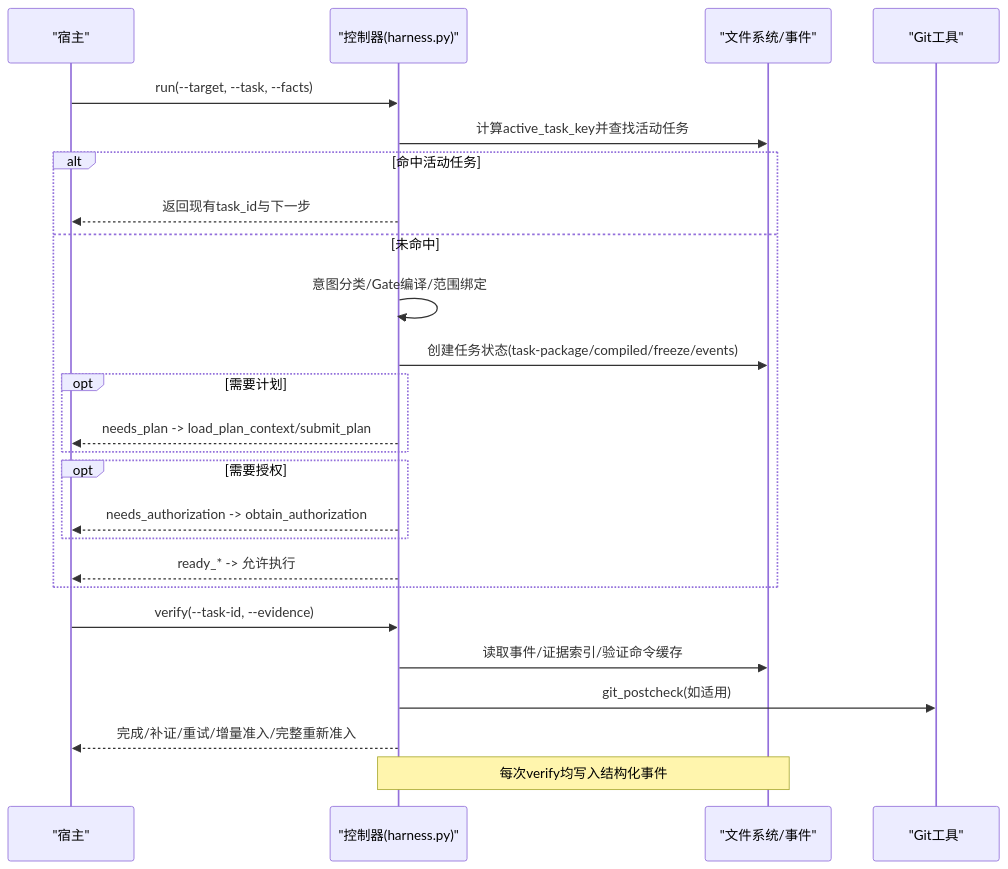
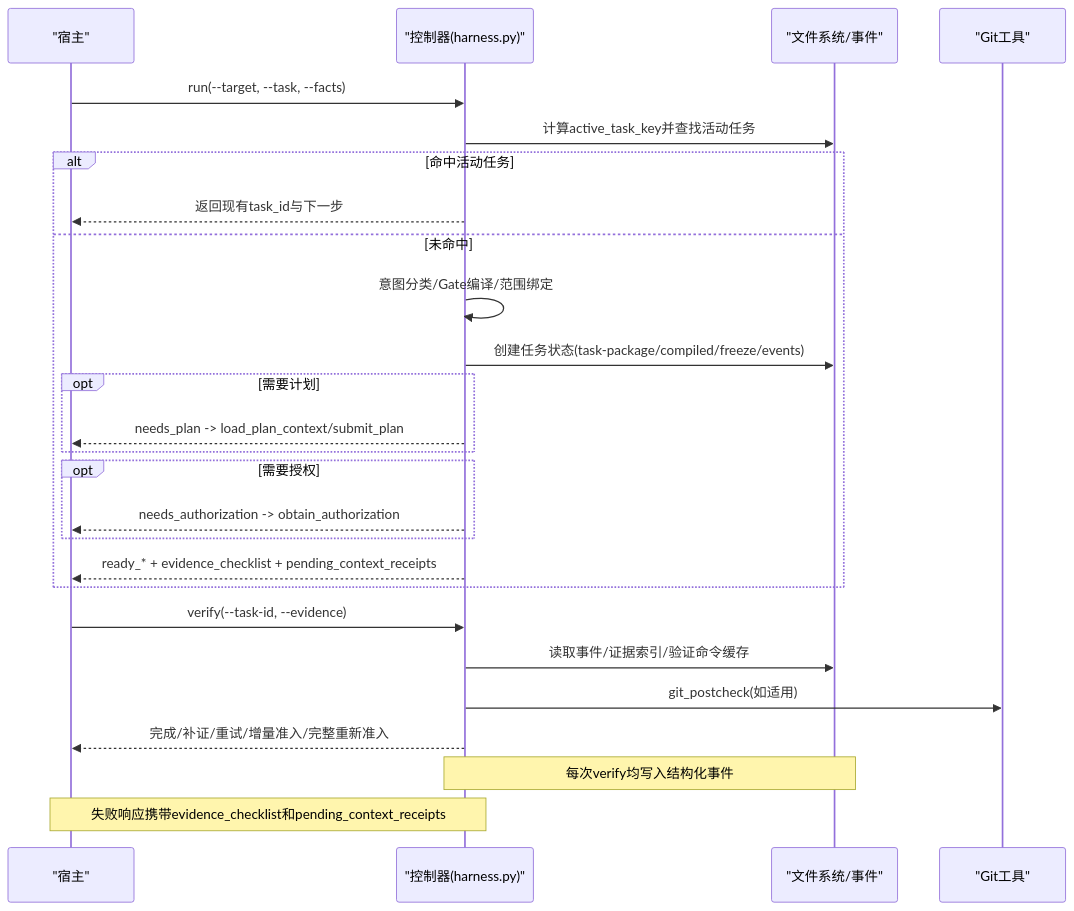
Before and after one commit to HackSing/docs-harness: the second of 4 diagrams in .qoder/repowiki/zh/content/任务管理/任务生命周期管理.md, drawn with Mermaid. The commit also changed other lines of this file and 45 other files, not shown here.

First line of the commit message:
feat(harness): v1.7.6 按变更面选择验证强度、git_commit 受控意图与关键词 Gate 路由移除

````diff
--- a/.qoder/repowiki/zh/content/任务管理/任务生命周期管理.md
+++ b/.qoder/repowiki/zh/content/任务管理/任务生命周期管理.md
@@ -76,27 +93,28 @@
 ```mermaid
 sequenceDiagram
 participant Host as "宿主"
 participant Controller as "控制器(harness.py)"
 participant FS as "文件系统/事件"
 participant Git as "Git工具"
 Host->>Controller : run(--target, --task, --facts)
 Controller->>FS : 计算active_task_key并查找活动任务
 alt 命中活动任务
 Controller-->>Host : 返回现有task_id与下一步
 else 未命中
 Controller->>Controller : 意图分类/Gate编译/范围绑定
 Controller->>FS : 创建任务状态(task-package/compiled/freeze/events)
 opt 需要计划
 Controller-->>Host : needs_plan -> load_plan_context/submit_plan
 end
 opt 需要授权
 Controller-->>Host : needs_authorization -> obtain_authorization
 end
-Controller-->>Host : ready_* -> 允许执行
+Controller-->>Host : ready_* + evidence_checklist + pending_context_receipts
 end
 Host->>Controller : verify(--task-id, --evidence)
 Controller->>FS : 读取事件/证据索引/验证命令缓存
 Controller->>Git : git_postcheck(如适用)
 Controller-->>Host : 完成/补证/重试/增量准入/完整重新准入
 note over Controller,FS : 每次verify均写入结构化事件
+note over Controller,Host : 失败响应携带evidence_checklist和pending_context_receipts
 ```
````
